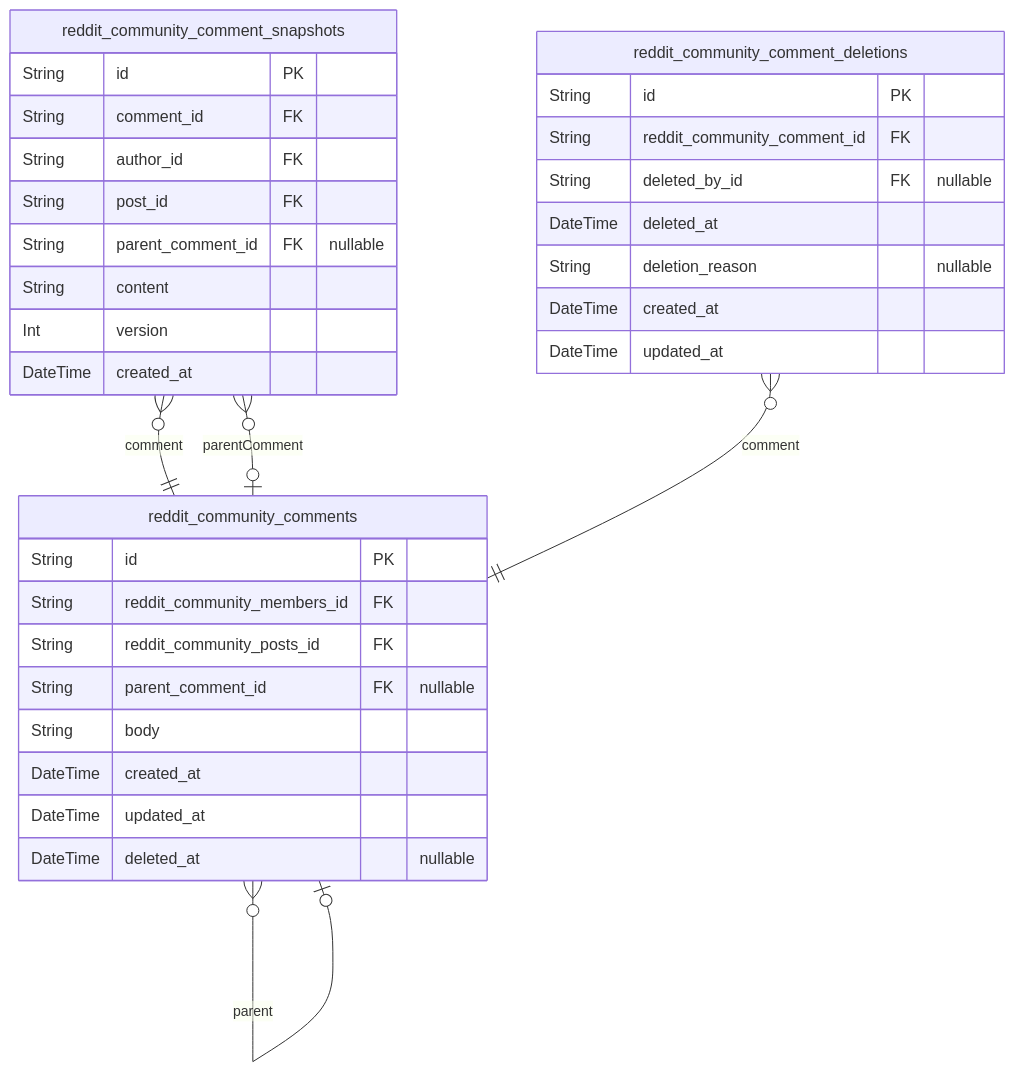
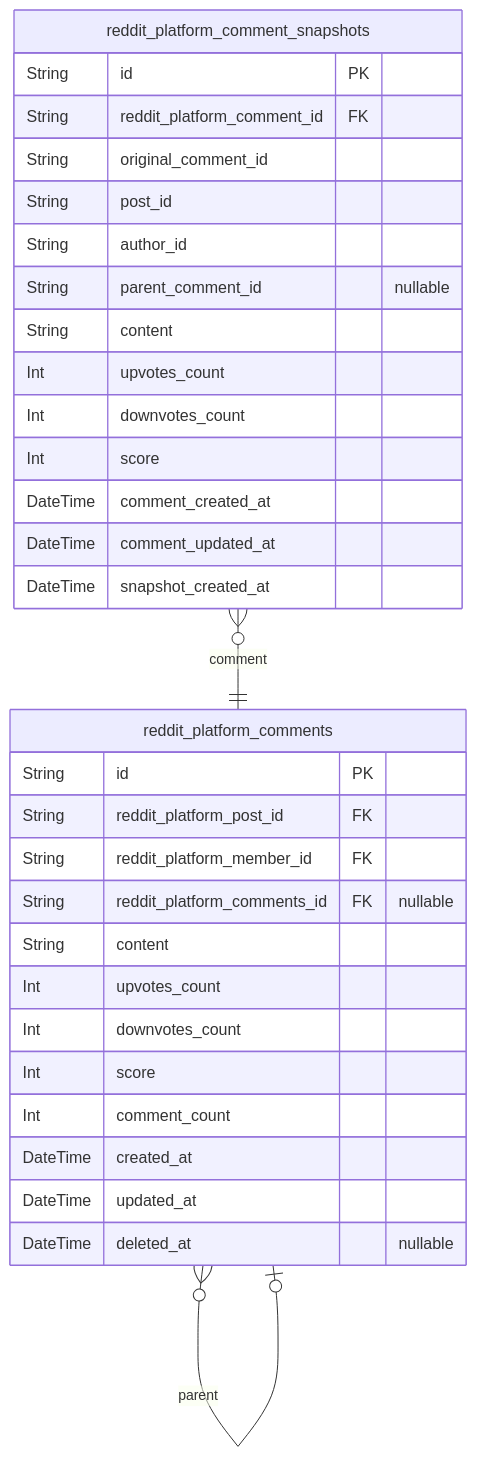
Before and after one commit to wrtnlabs/autobe-examples: the fifth of 8 diagrams in qwen/qwen3.5-35b-a3b/reddit/docs/ERD.md, drawn with Mermaid. The commit also changed other lines of this file and 32093 other files, not shown here.

````diff
--- a/qwen/qwen3.5-35b-a3b/reddit/docs/ERD.md
+++ b/qwen/qwen3.5-35b-a3b/reddit/docs/ERD.md
@@ -763,36 +1106,34 @@
 ```mermaid
 erDiagram
-"reddit_community_comments" {
+"reddit_platform_comments" {
   String id PK
-  String reddit_community_members_id FK
-  String reddit_community_posts_id FK
-  String parent_comment_id FK "nullable"
-  String body
+  String reddit_platform_post_id FK
+  String reddit_platform_member_id FK
+  String reddit_platform_comments_id FK "nullable"
+  String content
+  Int upvotes_count
+  Int downvotes_count
+  Int score
+  Int comment_count
   DateTime created_at
   DateTime updated_at
   DateTime deleted_at "nullable"
 }
-"reddit_community_comment_snapshots" {
+"reddit_platform_comment_snapshots" {
   String id PK
-  String comment_id FK
-  String author_id FK
-  String post_id FK
-  String parent_comment_id FK "nullable"
+  String reddit_platform_comment_id FK
+  String original_comment_id
+  String post_id
+  String author_id
+  String parent_comment_id "nullable"
   String content
-  Int version
-  DateTime created_at
+  Int upvotes_count
+  Int downvotes_count
+  Int score
+  DateTime comment_created_at
+  DateTime comment_updated_at
+  DateTime snapshot_created_at
 }
-"reddit_community_comment_deletions" {
-  String id PK
-  String reddit_community_comment_id FK
-  String deleted_by_id FK "nullable"
-  DateTime deleted_at
-  String deletion_reason "nullable"
-  DateTime created_at
-  DateTime updated_at
-}
-"reddit_community_comments" }o--o| "reddit_community_comments" : parent
-"reddit_community_comment_snapshots" }o--|| "reddit_community_comments" : comment
-"reddit_community_comment_snapshots" }o--o| "reddit_community_comments" : parentComment
-"reddit_community_comment_deletions" }o--|| "reddit_community_comments" : comment
+"reddit_platform_comments" }o--o| "reddit_platform_comments" : parent
+"reddit_platform_comment_snapshots" }o--|| "reddit_platform_comments" : comment
 ```
````
